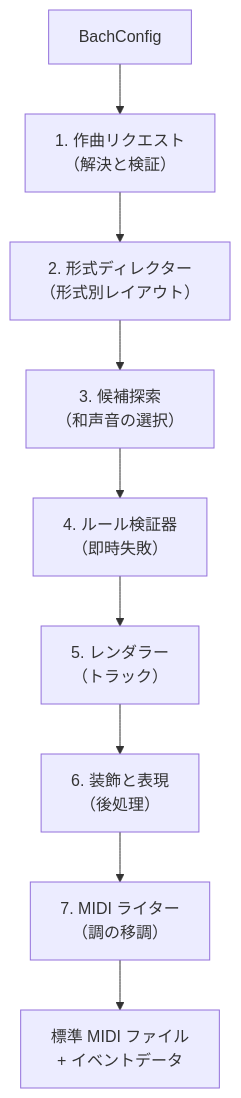
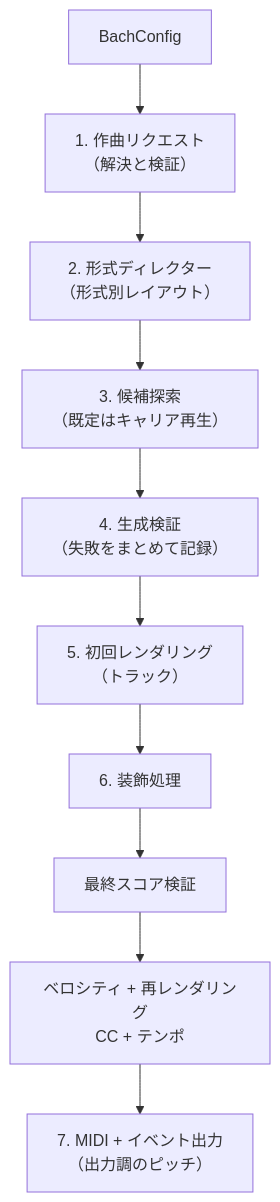
The first of 2 diagrams in src/ja/docs/generation-pipeline.md (libraz/midi-sketch-bach-homepage), drawn with Mermaid before and after one commit. The commit also changed other lines of this file and 43 other files, not shown here.

````diff
--- a/src/ja/docs/generation-pipeline.md
+++ b/src/ja/docs/generation-pipeline.md
@@ -14,11 +14,12 @@
 ```mermaid
 graph TD
     A["BachConfig"] --> B["1. 作曲リクエスト<br>（解決と検証）"]
     B --> C["2. 形式ディレクター<br>（形式別レイアウト）"]
-    C --> D["3. 候補探索<br>（和声音の選択）"]
-    D --> E["4. ルール検証器<br>（即時失敗）"]
-    E --> F["5. レンダラー<br>（トラック）"]
-    F --> G["6. 装飾と表現<br>（後処理）"]
-    G --> H["7. MIDI ライター<br>（調の移調）"]
-    H --> I["標準 MIDI ファイル<br>+ イベントデータ"]
+    C --> D["3. 候補探索<br>（既定はキャリア再生）"]
+    D --> E["4. 生成検証<br>（失敗をまとめて記録）"]
+    E --> F["5. 初回レンダリング<br>（トラック）"]
+    F --> G["6. 装飾処理"]
+    G --> H["最終スコア検証"]
+    H --> I["ベロシティ + 再レンダリング<br>CC + テンポ"]
+    I --> J["7. MIDI + イベント出力<br>（出力調のピッチ）"]
 ```
````
